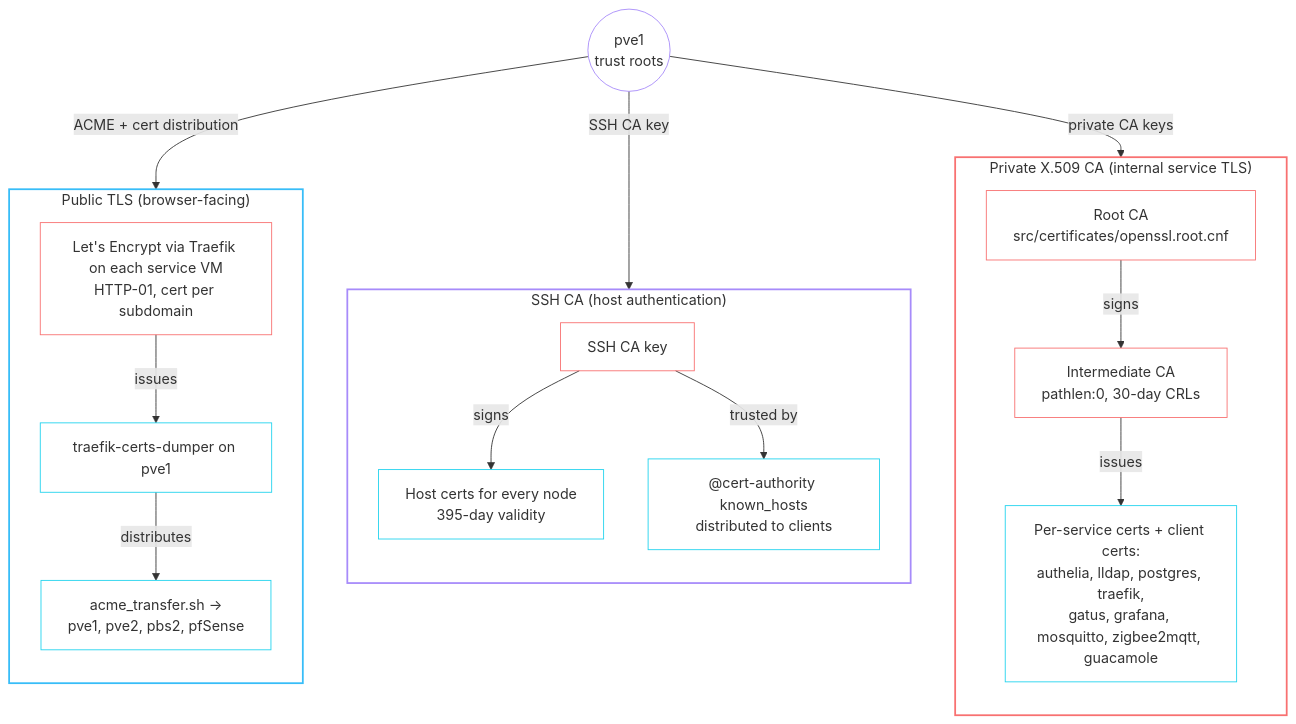
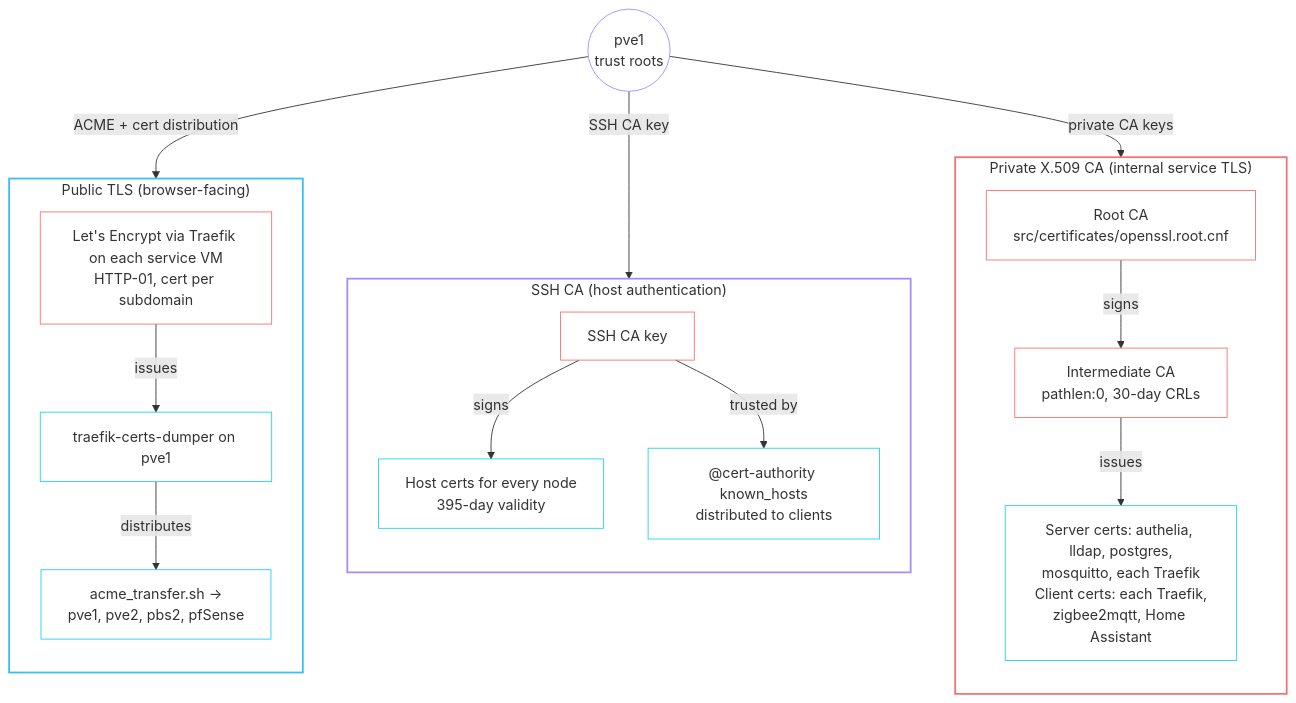
Before and after one commit to babraham123/homelab: the second of 2 diagrams in docs/security.md, drawn with Mermaid. The commit also changed other lines of this file and 81 other files, not shown here.

````diff
--- a/docs/security.md
+++ b/docs/security.md
@@ -111,43 +111,43 @@
 ```mermaid
 flowchart TB
     pve1(("pve1<br/>trust roots"))
 
     subgraph x509["Private X.509 CA (internal service TLS)"]
         direction TB
         root["Root CA<br/>src/certificates/openssl.root.cnf"]
         inter["Intermediate CA<br/>pathlen:0, 30-day CRLs"]
-        svc["Per-service certs + client certs:<br/>authelia, lldap, postgres, traefik,<br/>gatus, grafana, mosquitto, zigbee2mqtt, guacamole"]
+        svc["Server certs: authelia, lldap, postgres,<br/>mosquitto, each Traefik<br/>Client certs: each Traefik,<br/>zigbee2mqtt, Home Assistant"]
         root -- "signs" --> inter -- "issues" --> svc
     end
 
     subgraph ssh["SSH CA (host authentication)"]
         direction TB
         sshca["SSH CA key"]
         hosts["Host certs for every node<br/>395-day validity"]
         known["@cert-authority known_hosts<br/>distributed to clients"]
         sshca -- "signs" --> hosts
         sshca -- "trusted by" --> known
     end
 
     subgraph public["Public TLS (browser-facing)"]
         direction TB
         le["Let's Encrypt via Traefik on each service VM<br/>HTTP-01, cert per subdomain"]
         dumper["traefik-certs-dumper on pve1"]
         xfer["acme_transfer.sh →<br/>pve1, pve2, pbs2, pfSense"]
         le -- "issues" --> dumper -- "distributes" --> xfer
     end
 
     pve1 -- "private CA keys" --> root
     pve1 -- "SSH CA key" --> sshca
     pve1 -- "ACME + cert distribution" --> le
 
     style x509 stroke:#f87171,stroke-width:2px,fill:transparent
     style ssh stroke:#a78bfa,stroke-width:2px,fill:transparent
     style public stroke:#38bdf8,stroke-width:2px,fill:transparent
     classDef ca stroke:#f87171,fill:transparent
     classDef dist stroke:#22d3ee,fill:transparent
     class root,inter,sshca,le ca
     class svc,hosts,known,dumper,xfer dist
     class pve1 host
     classDef host stroke:#a78bfa,fill:transparent
 ```
````
